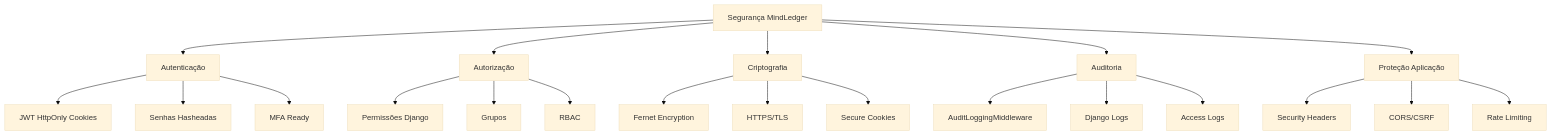
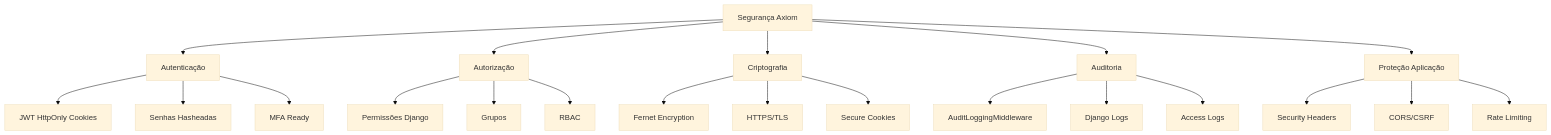
The diagram in documentation/authentication-security/security_best_practices.md (tarcisioribeiro/Axiom), drawn with Mermaid (base theme) before and after one commit. The commit also changed other lines of this file and 236 other files, not shown here.

Commit message:
chore(k8s): rename MindLedger to Axiom in manifests and scripts

````diff
--- a/documentation/authentication-security/security_best_practices.md
+++ b/documentation/authentication-security/security_best_practices.md
@@ -34,28 +34,28 @@
 ```mermaid
 graph TB
-    A[Segurança MindLedger] --> B[Autenticação]
+    A[Segurança Axiom] --> B[Autenticação]
     A --> C[Autorização]
     A --> D[Criptografia]
     A --> E[Auditoria]
     A --> F[Proteção Aplicação]
 
     B --> B1[JWT HttpOnly Cookies]
     B --> B2[Senhas Hasheadas]
     B --> B3[MFA Ready]
 
     C --> C1[Permissões Django]
     C --> C2[Grupos]
     C --> C3[RBAC]
 
     D --> D1[Fernet Encryption]
     D --> D2[HTTPS/TLS]
     D --> D3[Secure Cookies]
 
     E --> E1[AuditLoggingMiddleware]
     E --> E2[Django Logs]
     E --> E3[Access Logs]
 
     F --> F1[Security Headers]
     F --> F2[CORS/CSRF]
     F --> F3[Rate Limiting]
 ```
````
